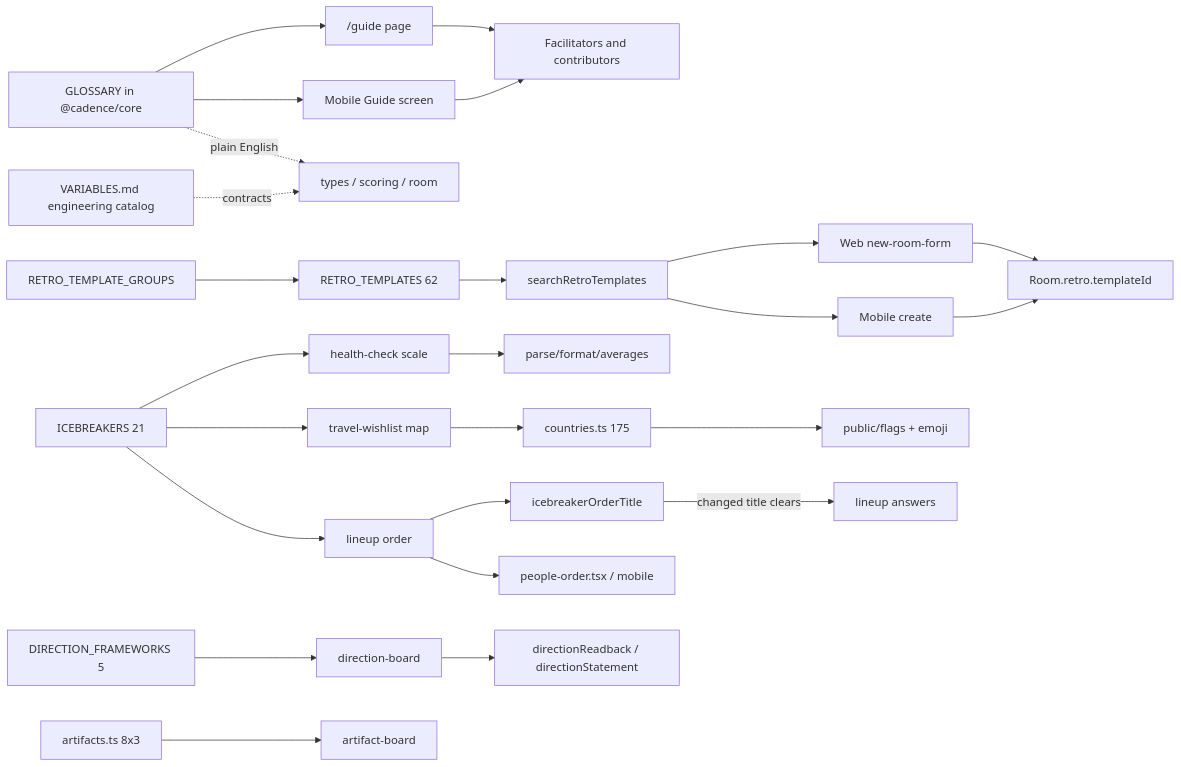
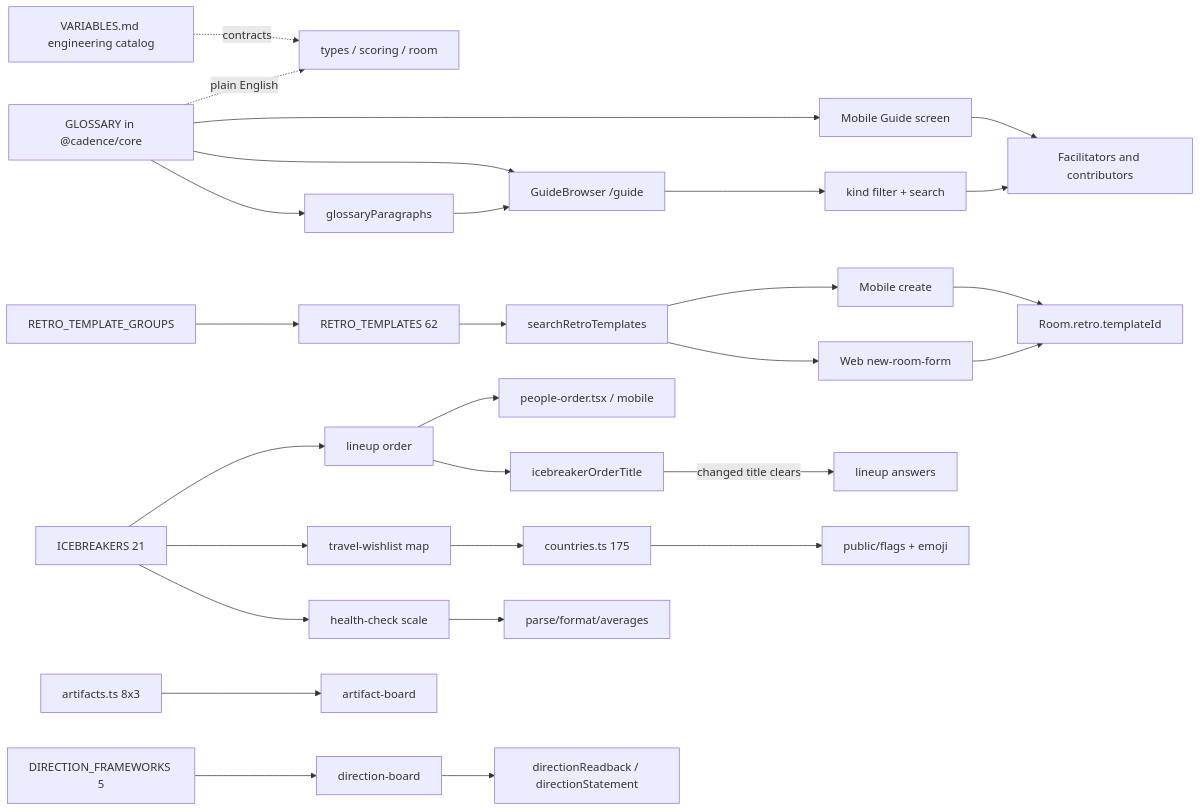
One commit to RifqiMT/pm-collaboration changed the third of 5 diagrams in docs/VARIABLES.md. Above: the diagram before and after it, drawn with Mermaid. The commit also changed other lines of this file and 30 other files, not shown here.

First line of the commit message:
Add searchable Definitions browser and expand glossary prose.

````diff
--- a/docs/VARIABLES.md
+++ b/docs/VARIABLES.md
@@ -452,27 +457,30 @@
 ```mermaid
 flowchart LR
-  GLOSSARY[GLOSSARY in @cadence/core] --> WebGuide["/guide page"]
+  GLOSSARY[GLOSSARY in @cadence/core] --> Paras[glossaryParagraphs]
+  GLOSSARY --> WebGuide[GuideBrowser /guide]
   GLOSSARY --> MobileGuide[Mobile Guide screen]
-  WebGuide --> Users[Facilitators and contributors]
+  Paras --> WebGuide
+  WebGuide --> Filter[kind filter + search]
+  Filter --> Users[Facilitators and contributors]
   MobileGuide --> Users
   VARIABLES[VARIABLES.md engineering catalog] -.->|contracts| CoreCode[types / scoring / room]
   GLOSSARY -.->|plain English| CoreCode
   Shelves[RETRO_TEMPLATE_GROUPS] --> Templates[RETRO_TEMPLATES 62]
   Templates --> Search[searchRetroTemplates]
   Search --> WebCreate[Web new-room-form]
   Search --> MobileCreate[Mobile create]
   WebCreate --> templateId[Room.retro.templateId]
   MobileCreate --> templateId
   ICEBREAKERS[ICEBREAKERS 21] --> Scale[health-check scale]
   ICEBREAKERS --> MapMode[travel-wishlist map]
   ICEBREAKERS --> OrderMode[lineup order]
   Scale --> HealthFns[parse/format/averages]
   MapMode --> Countries[countries.ts 175]
   Countries --> Flags[public/flags + emoji]
   OrderMode --> OrderTitle[icebreakerOrderTitle]
   OrderTitle -->|changed title clears| LineupAnswers[lineup answers]
   OrderMode --> PeopleOrderUI[people-order.tsx / mobile]
   DirectionFW[DIRECTION_FRAMEWORKS 5] --> DirectionBoard[direction-board]
   DirectionBoard --> Readback[directionReadback / directionStatement]
   ArtifactsCatalog[artifacts.ts 8x3] --> ArtifactBoard[artifact-board]
 ```
````
